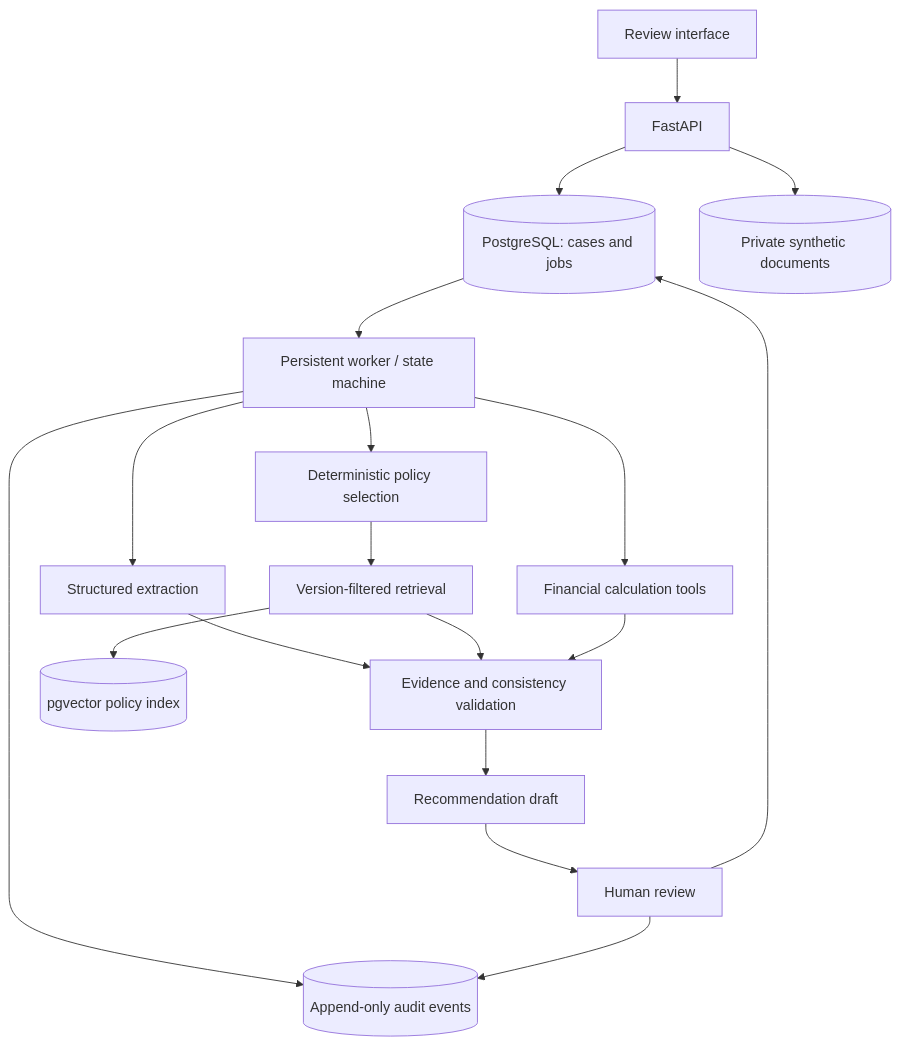
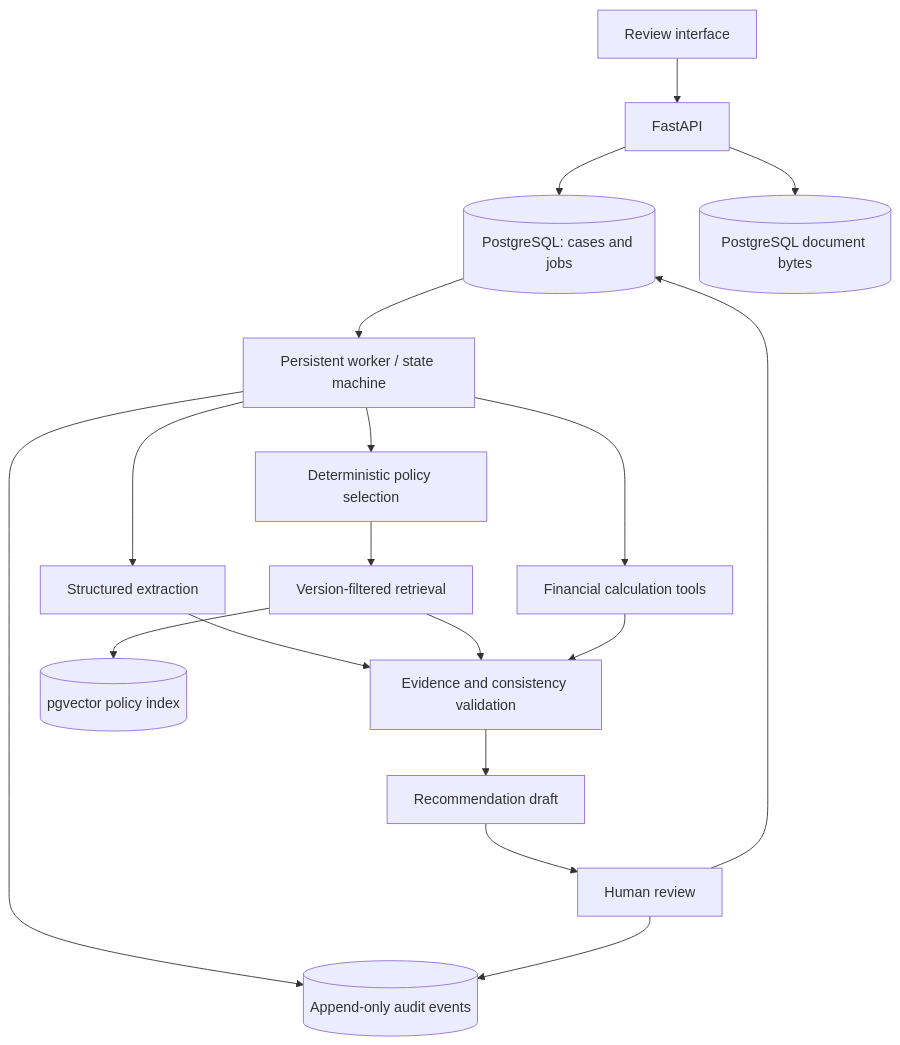
Before and after one commit to IsamarCDavila/credit-decision-support: the diagram in docs/specification.md, drawn with Mermaid. The commit also changed other lines of this file and 50 other files, not shown here.

````diff
--- a/docs/specification.md
+++ b/docs/specification.md
@@ -29,20 +29,20 @@
 ```mermaid
 flowchart TD
   UI[Review interface] --> API[FastAPI]
   API --> DB[(PostgreSQL: cases and jobs)]
-  API --> FS[(Private synthetic documents)]
+  API --> FS[(PostgreSQL document bytes)]
   DB --> WF[Persistent worker / state machine]
   WF --> X[Structured extraction]
   WF --> P[Deterministic policy selection]
   P --> R[Version-filtered retrieval]
   WF --> T[Financial calculation tools]
   X --> V[Evidence and consistency validation]
   R --> V
   T --> V
   V --> G[Recommendation draft]
   G --> H[Human review]
   H --> DB
   WF --> AU[(Append-only audit events)]
   H --> AU
   R --> IDX[(pgvector policy index)]
 ```
````
